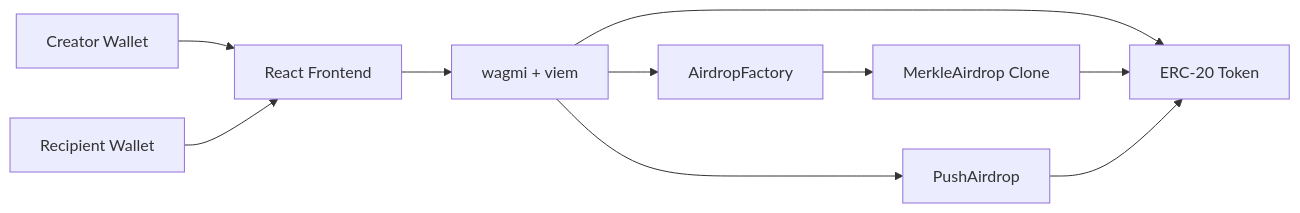
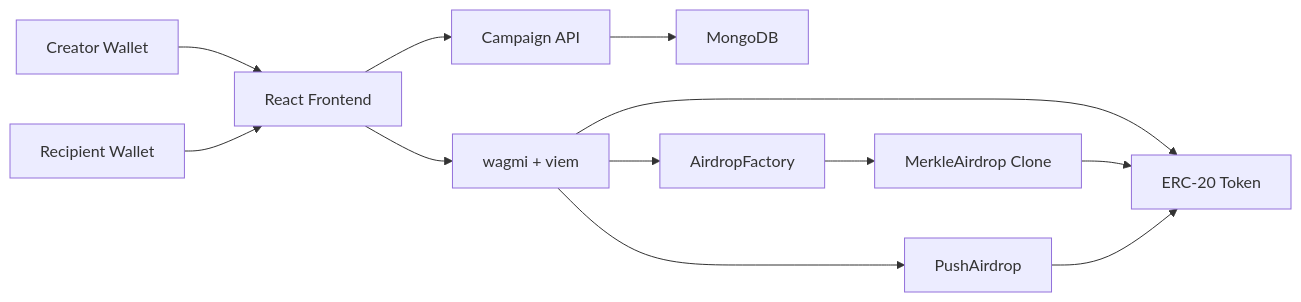
Before and after one commit to soumyajitg16/Smart-Airdropping-Platform: the diagram in README.md, drawn with Mermaid. The commit also changed other lines of this file and 18 other files, not shown here.

Commit message:
Browser localStorage to MongoDB local database, added Campain type flag in the airdrop list page and added a list of demo campaign.

````diff
--- a/README.md
+++ b/README.md
@@ -39,12 +40,14 @@
 ```mermaid
 flowchart LR
   Creator["Creator Wallet"] --> UI["React Frontend"]
   Recipient["Recipient Wallet"] --> UI
+  UI --> API["Campaign API"]
+  API --> MongoDB["MongoDB"]
   UI --> Wagmi["wagmi + viem"]
   Wagmi --> Factory["AirdropFactory"]
   Wagmi --> Push["PushAirdrop"]
   Wagmi --> Token["ERC-20 Token"]
   Factory --> Clone["MerkleAirdrop Clone"]
   Clone --> Token
   Push --> Token
 ```
````
